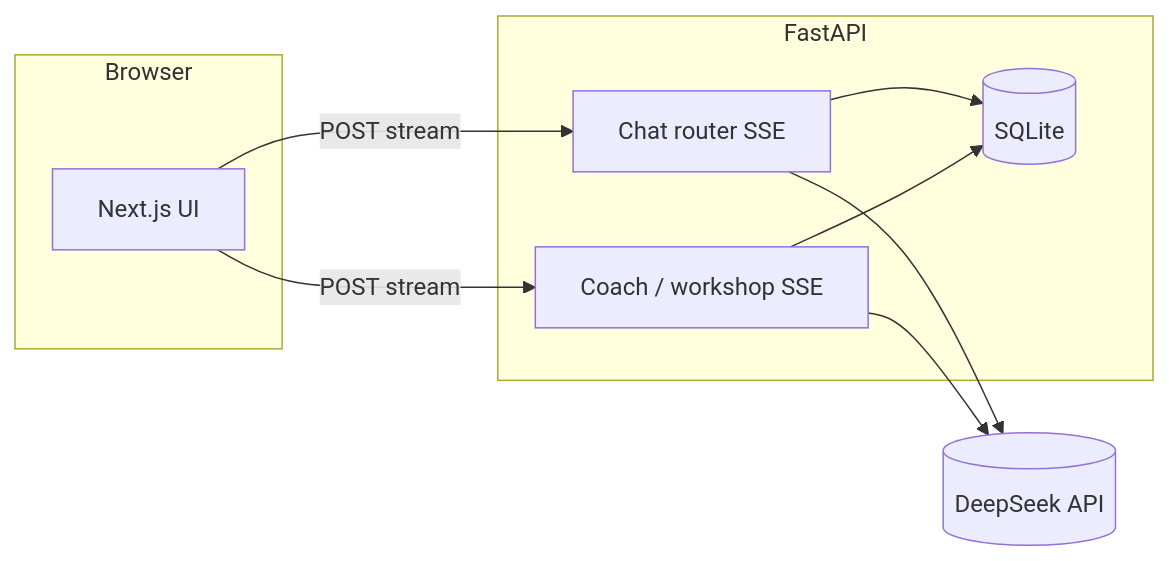
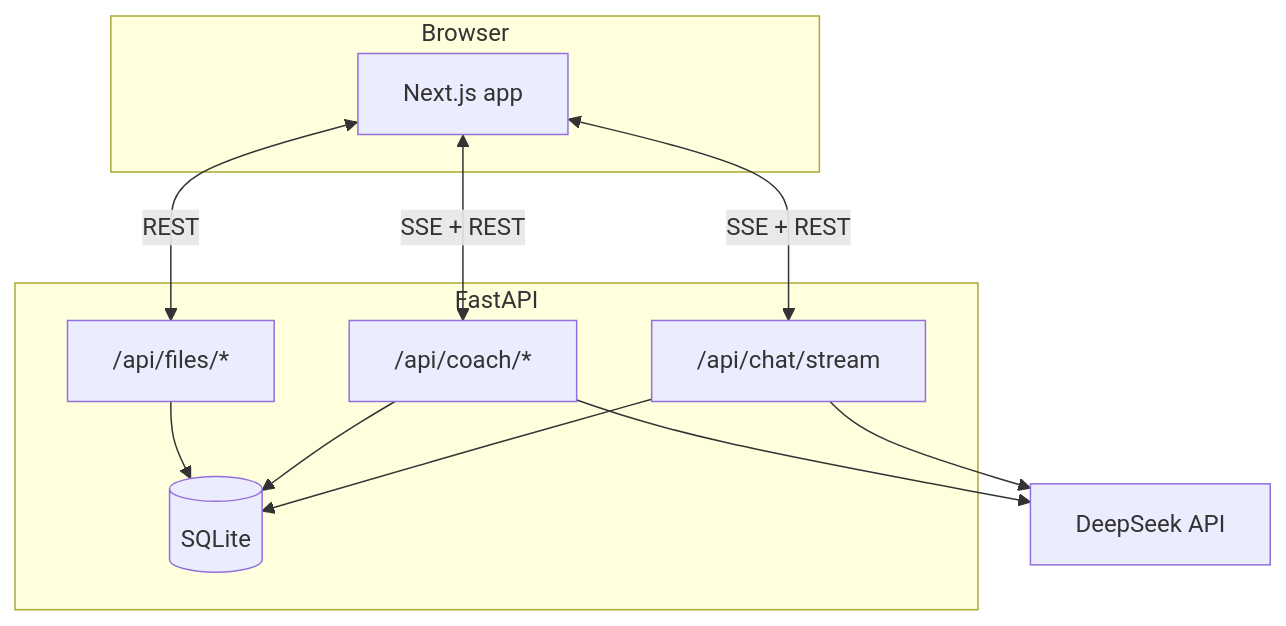
The first of 2 diagrams in README.md (lassoregression/averroes-public), drawn with Mermaid before and after one commit. The commit also changed other lines of this file, not shown here.

````diff
--- a/README.md
+++ b/README.md
@@ -145,18 +66,21 @@
 ```mermaid
-flowchart LR
-  subgraph browser [Browser]
-    UI[Next.js UI]
+flowchart TB
+  subgraph client [Browser]
+    NEXT[Next.js app]
   end
-  subgraph api [FastAPI]
-    Chat[Chat router SSE]
-    Coach[Coach / workshop SSE]
+  subgraph server [FastAPI]
+    CHAT["/api/chat/stream"]
+    COACH["/api/coach/*"]
+    FILES["/api/files/*"]
     DB[(SQLite)]
   end
-  LLM[(DeepSeek API)]
-  UI -->|POST stream| Chat
-  UI -->|POST stream| Coach
-  Chat --> DB
-  Coach --> DB
-  Chat --> LLM
-  Coach --> LLM
+  DS[DeepSeek API]
+  NEXT <-->|SSE + REST| CHAT
+  NEXT <-->|SSE + REST| COACH
+  NEXT <-->|REST| FILES
+  CHAT --> DB
+  COACH --> DB
+  FILES --> DB
+  CHAT --> DS
+  COACH --> DS
 ```
````
